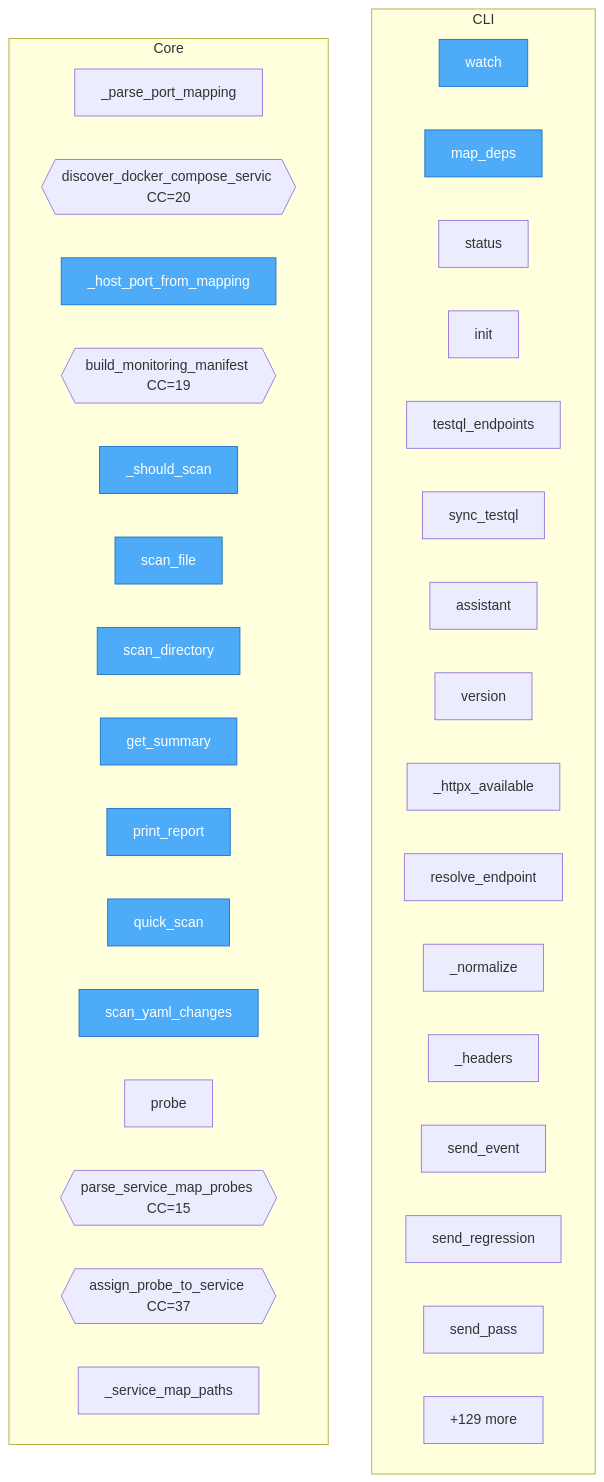
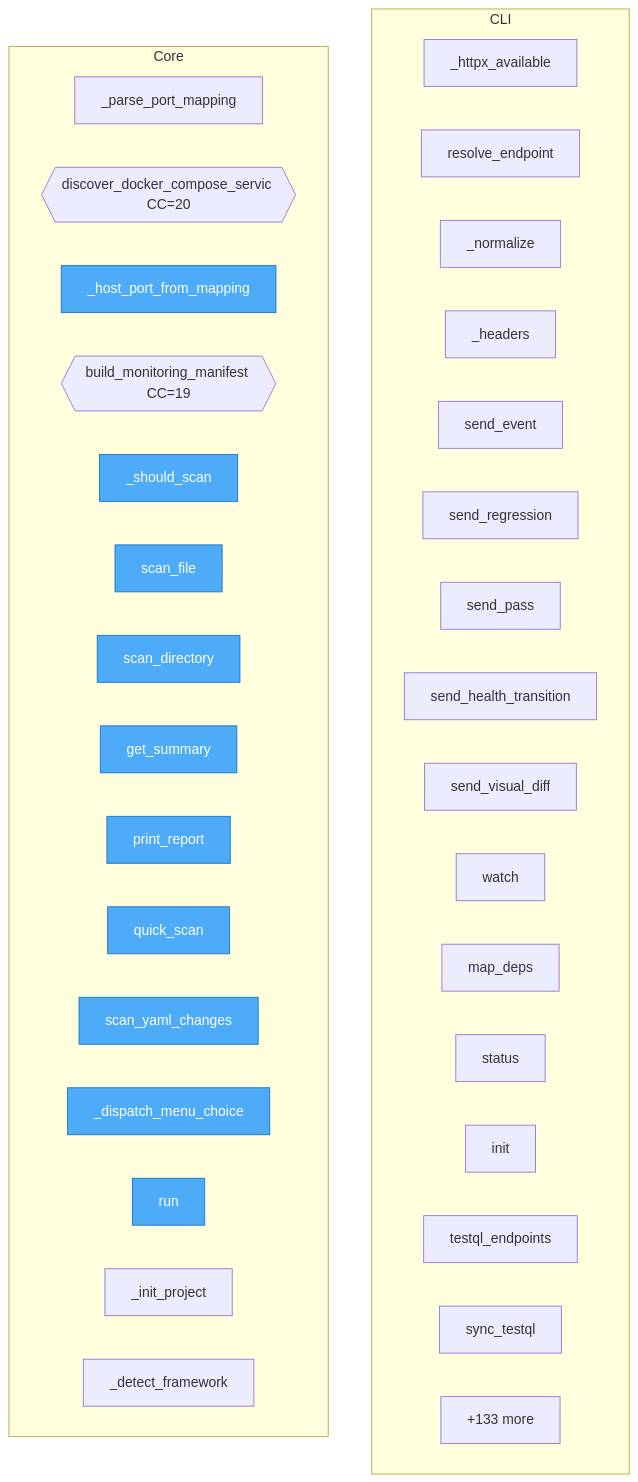
The diagram in project/flow.mmd (semcod/wup), drawn with Mermaid before and after one commit. The commit also changed 32 other files, not shown here.

```diff
--- a/project/flow.mmd
+++ b/project/flow.mmd
@@ -1,45 +1,45 @@
 flowchart TD
-%% generated in 0.00s
+%% generated in 0.01s
 
     %% Entry points (blue)
     classDef entry fill:#4dabf7,stroke:#1971c2,color:#fff
 
     subgraph CLI
-        wup__cli__watch["watch"]
-        wup__cli__map_deps["map_deps"]
-        wup__cli__status["status"]
-        wup__cli__init["init"]
-        wup__cli__testql_endpoints["testql_endpoints"]
-        wup__cli__sync_testql["sync_testql"]
-        wup__cli__assistant["assistant"]
-        wup__cli__version["version"]
         wup__web_client___httpx_available["_httpx_available"]
         wup__web_client__resolve_endpoint["resolve_endpoint"]
         wup__web_client___normalize["_normalize"]
         wup__web_client__WebClient___headers["_headers"]
         wup__web_client__WebClient__send_event["send_event"]
         wup__web_client__WebClient__send_regression["send_regression"]
         wup__web_client__WebClient__send_pass["send_pass"]
+        wup__web_client__WebClient__send_health_transition["send_health_transition"]
+        wup__web_client__WebClient__send_visual_diff["send_visual_diff"]
+        wup__cli__watch["watch"]
+        wup__cli__map_deps["map_deps"]
+        wup__cli__status["status"]
+        wup__cli__init["init"]
+        wup__cli__testql_endpoints["testql_endpoints"]
+        wup__cli__sync_testql["sync_testql"]
         ...["+2 more"]
     end
 
     subgraph Core
         wup__monitoring_manifest___parse_port_mapping["_parse_port_mapping"]
         wup__monitoring_manifest__discover_docker_compose_services{{discover_docker_compose_servic CC=20}}
         wup__monitoring_manifest___host_port_from_mapping["_host_port_from_mapping"]
         wup__monitoring_manifest__build_monitoring_manifest{{build_monitoring_manifest CC=19}}
         wup__anomaly_detector__AnomalyDetector___should_scan["_should_scan"]
         wup__anomaly_detector__AnomalyDetector__scan_file["scan_file"]
         wup__anomaly_detector__AnomalyDetector__scan_directory["scan_directory"]
         wup__anomaly_detector__AnomalyDetector__get_summary["get_summary"]
         wup__anomaly_detector__AnomalyDetector__print_report["print_report"]
         wup__anomaly_detector__quick_scan["quick_scan"]
         wup__anomaly_detector__scan_yaml_changes["scan_yaml_changes"]
-        wup__testql_monitor__ProbeTarget__probe["probe"]
-        wup__testql_monitor__parse_service_map_probes{{parse_service_map_probes CC=15}}
-        wup__testql_monitor__assign_probe_to_service{{assign_probe_to_service CC=37}}
-        wup__testql_monitor__TestQLMonitor___service_map_paths["_service_map_paths"]
-        ...["+129 more"]
+        wup__assistant__WupAssistant___dispatch_menu_choice["_dispatch_menu_choice"]
+        wup__assistant__WupAssistant__run["run"]
+        wup__assistant__WupAssistant___init_project["_init_project"]
+        wup__assistant__WupAssistant___detect_framework["_detect_framework"]
+        ...["+133 more"]
     end
 
-    class wup__monitoring_manifest___host_port_from_mapping,wup__anomaly_detector__AnomalyDetector___should_scan,wup__anomaly_detector__AnomalyDetector__scan_file,wup__anomaly_detector__AnomalyDetector__scan_directory,wup__anomaly_detector__AnomalyDetector__get_summary,wup__anomaly_detector__AnomalyDetector__print_report,wup__anomaly_detector__quick_scan,wup__anomaly_detector__scan_yaml_changes,wup__cli__watch,wup__cli__map_deps entry
+    class wup__monitoring_manifest___host_port_from_mapping,wup__anomaly_detector__AnomalyDetector___should_scan,wup__anomaly_detector__AnomalyDetector__scan_file,wup__anomaly_detector__AnomalyDetector__scan_directory,wup__anomaly_detector__AnomalyDetector__get_summary,wup__anomaly_detector__AnomalyDetector__print_report,wup__anomaly_detector__quick_scan,wup__anomaly_detector__scan_yaml_changes,wup__assistant__WupAssistant___dispatch_menu_choice,wup__assistant__WupAssistant__run entry
```
